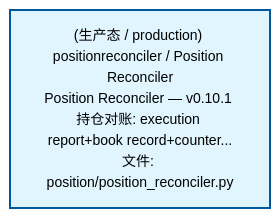
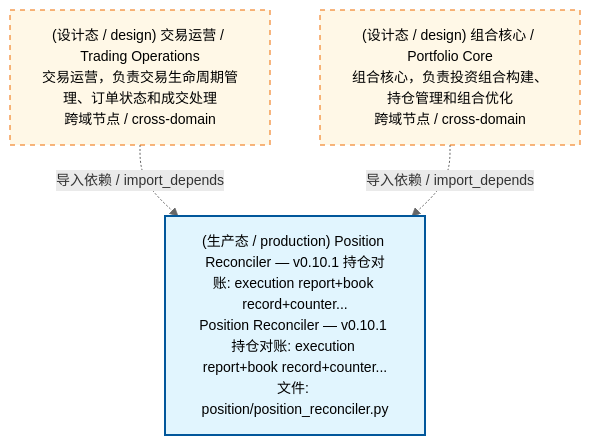
The second of 4 diagrams in docs/02_enterprise_architecture/02_domain_architecture_docs/64_d_position.md (xuanFelixVan/ZephyrAlpha), drawn with Mermaid before and after one commit. The commit also changed other lines of this file and 75 other files, not shown here.

````diff
--- a/docs/02_enterprise_architecture/02_domain_architecture_docs/64_d_position.md
+++ b/docs/02_enterprise_architecture/02_domain_architecture_docs/64_d_position.md
@@ -53,10 +101,15 @@
 ```mermaid
 %%{init: {'theme': 'base', 'themeVariables': {'primaryColor': '#eaeaea', 'primaryTextColor': '#333333', 'primaryBorderColor': '#666666', 'lineColor': '#666666', 'secondaryColor': '#eaeaea', 'tertiaryColor': '#eaeaea', 'fontSize': '14px'}}}%%
 flowchart TD
-    src_zephyr_position_position_reconciler_py["(生产态 / production) positionreconciler / Position Reconciler<br/>Position Reconciler — v0.10.1 持仓对账: execution report+book record+counter...<br/>文件: position/position_reconciler.py"]
+    src_zephyr_position_position_reconciler_py["(生产态 / production) Position Reconciler — v0.10.1 持仓对账: execution report+book record+counter...<br/>Position Reconciler — v0.10.1 持仓对账: execution report+book record+counter...<br/>文件: position/position_reconciler.py"]
+    D_TRADING["(设计态 / design) 交易运营 / Trading Operations<br/>交易运营，负责交易生命周期管理、订单状态和成交处理<br/>跨域节点 / cross-domain"]
+    D_TRADING -.->|导入依赖 / import_depends| src_zephyr_position_position_reconciler_py
+    D_PF_CORE["(设计态 / design) 组合核心 / Portfolio Core<br/>组合核心，负责投资组合构建、持仓管理和组合优化<br/>跨域节点 / cross-domain"]
+    D_PF_CORE -.->|导入依赖 / import_depends| src_zephyr_position_position_reconciler_py
     classDef production fill:#e1f5fe,stroke:#01579b,stroke-width:2px,color:#000
     classDef design fill:#fff3e0,stroke:#e65100,stroke-width:2px,color:#000,stroke-dasharray: 5 5
     classDef external_prod fill:#e8f4fd,stroke:#0277bd,stroke-width:1px,color:#000
     classDef external_design fill:#fff8e7,stroke:#ef6c00,stroke-width:1px,color:#000,stroke-dasharray: 5 5
     class src_zephyr_position_position_reconciler_py production
+    class D_TRADING,D_PF_CORE external_design
 ```
````
